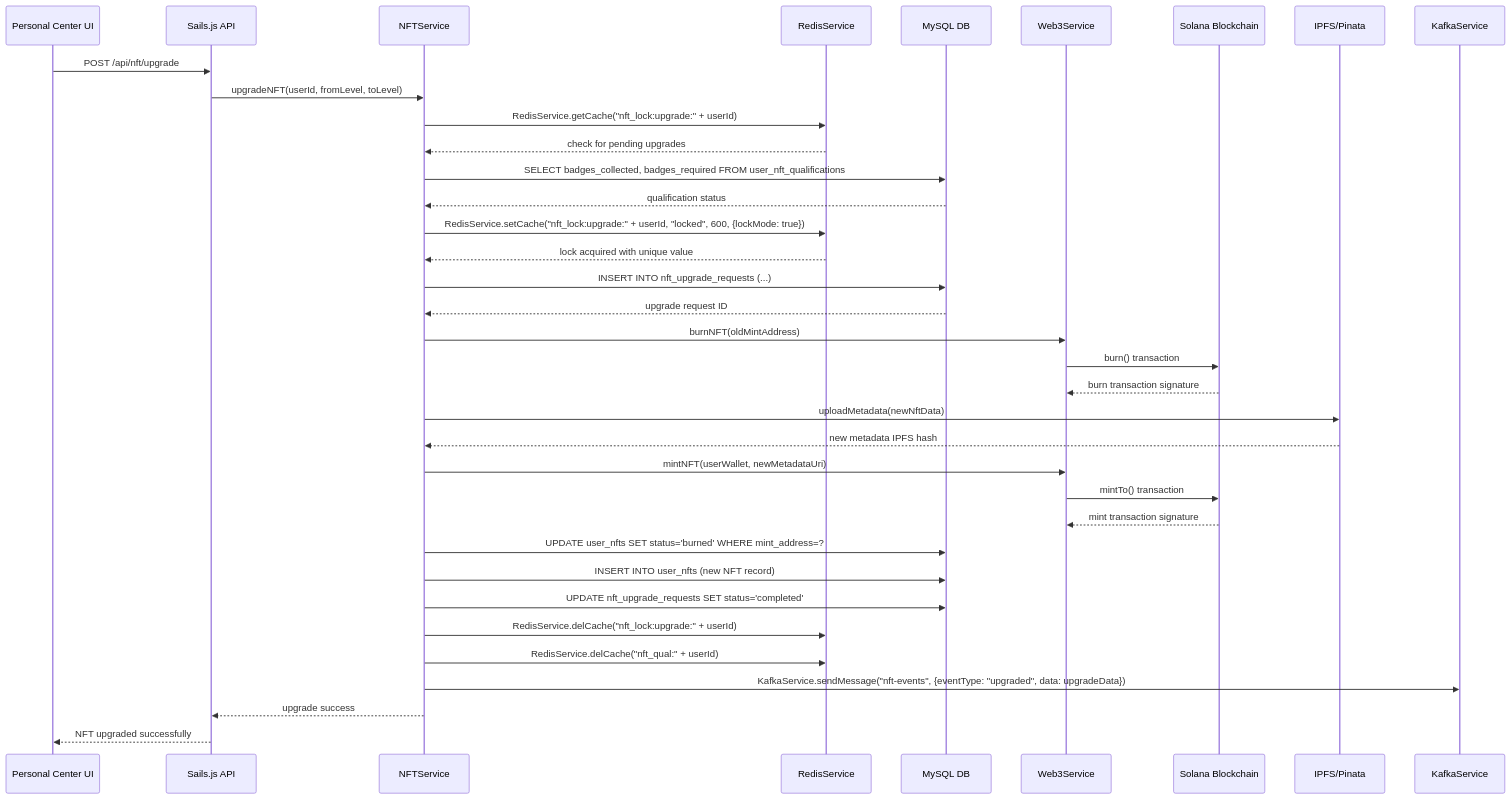
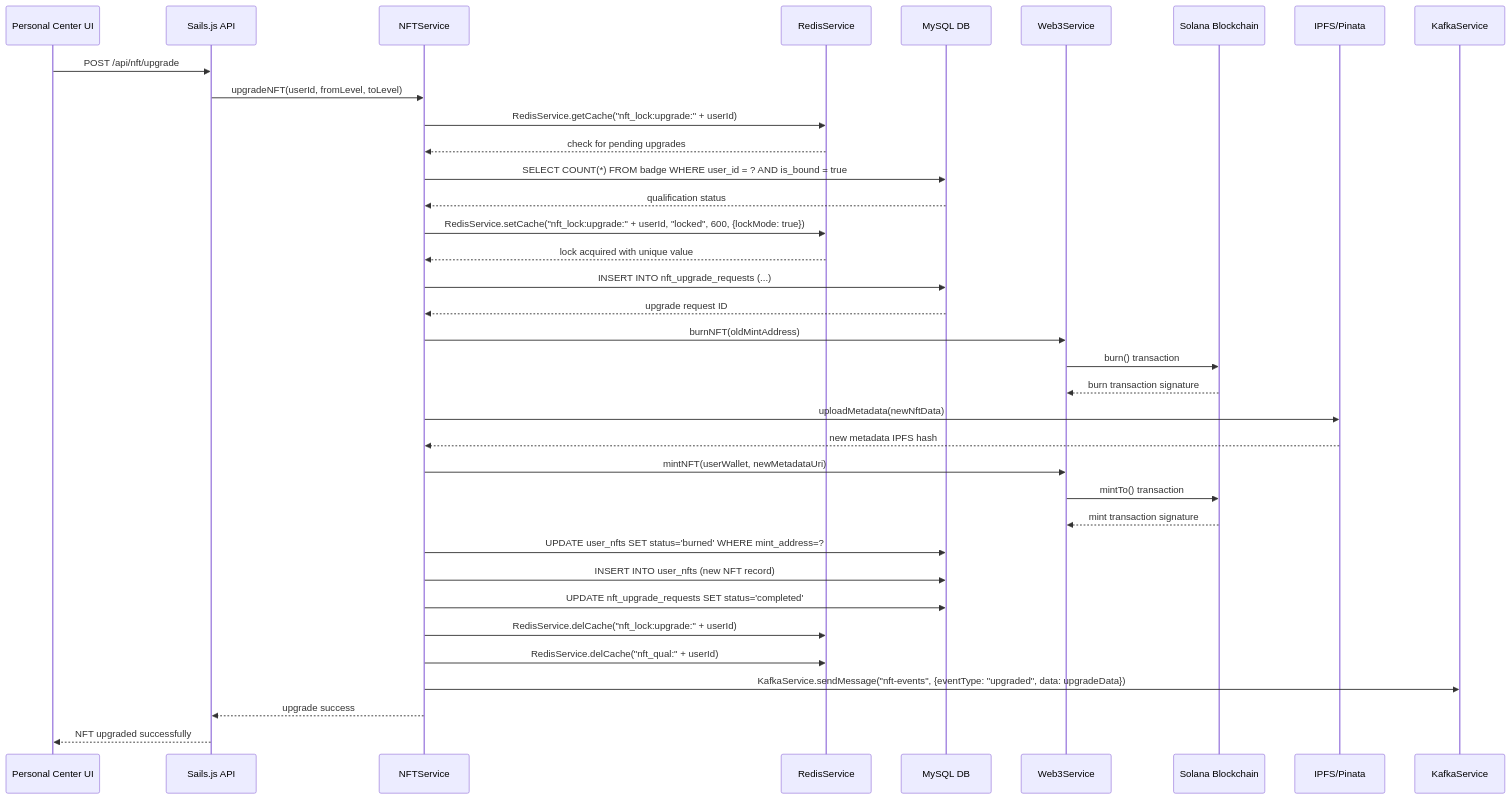
The fourth of 6 diagrams in docs/AIW3-NFT-System-Design.md (ljg-cqu/aiw3-nft-solana), drawn with Mermaid before and after one commit. The commit also changed other lines of this file and 5 other files, not shown here.

````diff
--- a/docs/AIW3-NFT-System-Design.md
+++ b/docs/AIW3-NFT-System-Design.md
@@ -285,57 +285,57 @@
 ```mermaid
 sequenceDiagram
     participant UI as Personal Center UI
     participant API as Sails.js API
     participant NFT as NFTService
     participant REDIS as RedisService
     participant MYSQL as MySQL DB
     participant WEB3 as Web3Service
     participant SOLANA as Solana Blockchain
     participant IPFS as IPFS/Pinata
     participant KAFKA as KafkaService
     
     UI->>API: POST /api/nft/upgrade
     API->>NFT: upgradeNFT(userId, fromLevel, toLevel)
     
     %% Verify upgrade eligibility using actual RedisService methods
     NFT->>REDIS: RedisService.getCache("nft_lock:upgrade:" + userId)
     REDIS-->>NFT: check for pending upgrades
     
-    NFT->>MYSQL: SELECT badges_collected, badges_required FROM user_nft_qualifications
+    NFT->>MYSQL: SELECT COUNT(*) FROM badge WHERE user_id = ? AND is_bound = true
     MYSQL-->>NFT: qualification status
     
     %% Set upgrade lock using RedisService with lock mode
     NFT->>REDIS: RedisService.setCache("nft_lock:upgrade:" + userId, "locked", 600, {lockMode: true})
     REDIS-->>NFT: lock acquired with unique value
     
     %% Create upgrade request record
     NFT->>MYSQL: INSERT INTO nft_upgrade_requests (...)
     MYSQL-->>NFT: upgrade request ID
     
     %% Burn old NFT
     NFT->>WEB3: burnNFT(oldMintAddress)
     WEB3->>SOLANA: burn() transaction
     SOLANA-->>WEB3: burn transaction signature
     
     %% Upload new metadata
     NFT->>IPFS: uploadMetadata(newNftData)
     IPFS-->>NFT: new metadata IPFS hash
     
     %% Mint new NFT
     NFT->>WEB3: mintNFT(userWallet, newMetadataUri)
     WEB3->>SOLANA: mintTo() transaction
     SOLANA-->>WEB3: mint transaction signature
     
     %% Update database records
     NFT->>MYSQL: UPDATE user_nfts SET status='burned' WHERE mint_address=?
     NFT->>MYSQL: INSERT INTO user_nfts (new NFT record)
     NFT->>MYSQL: UPDATE nft_upgrade_requests SET status='completed'
     
     %% Clear cache and publish event using actual service methods
     NFT->>REDIS: RedisService.delCache("nft_lock:upgrade:" + userId)
     NFT->>REDIS: RedisService.delCache("nft_qual:" + userId)
     NFT->>KAFKA: KafkaService.sendMessage("nft-events", {eventType: "upgraded", data: upgradeData})
     
     NFT-->>API: upgrade success
     API-->>UI: NFT upgraded successfully
 ```
````
